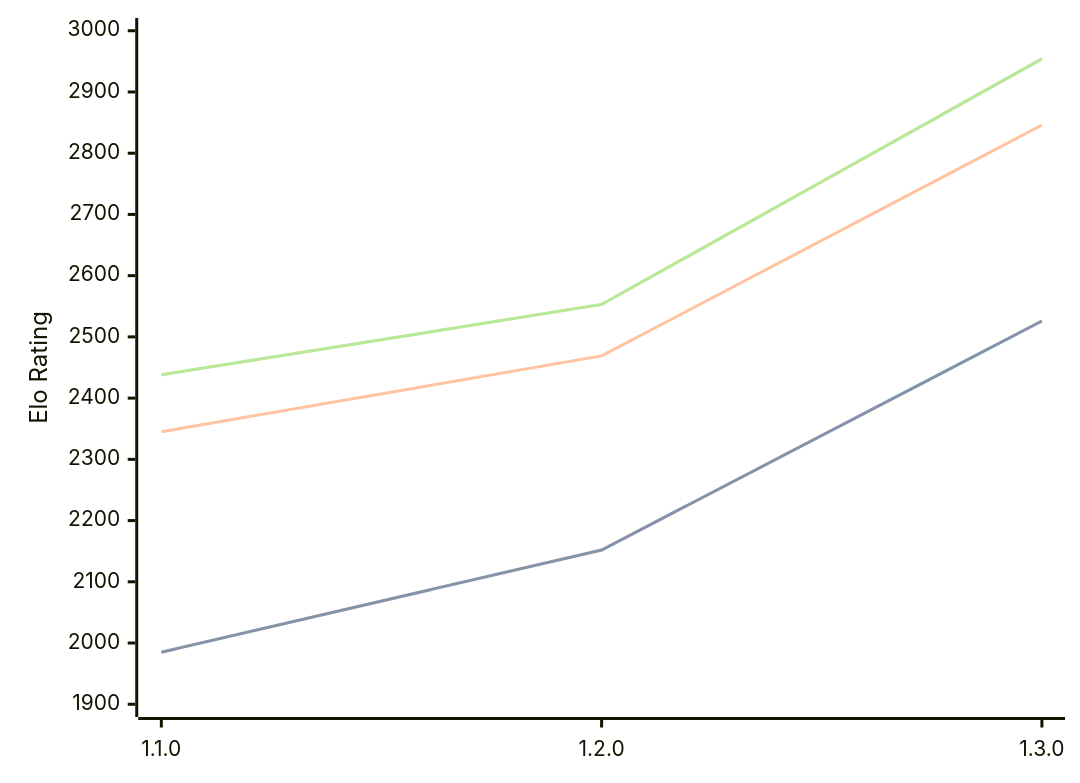
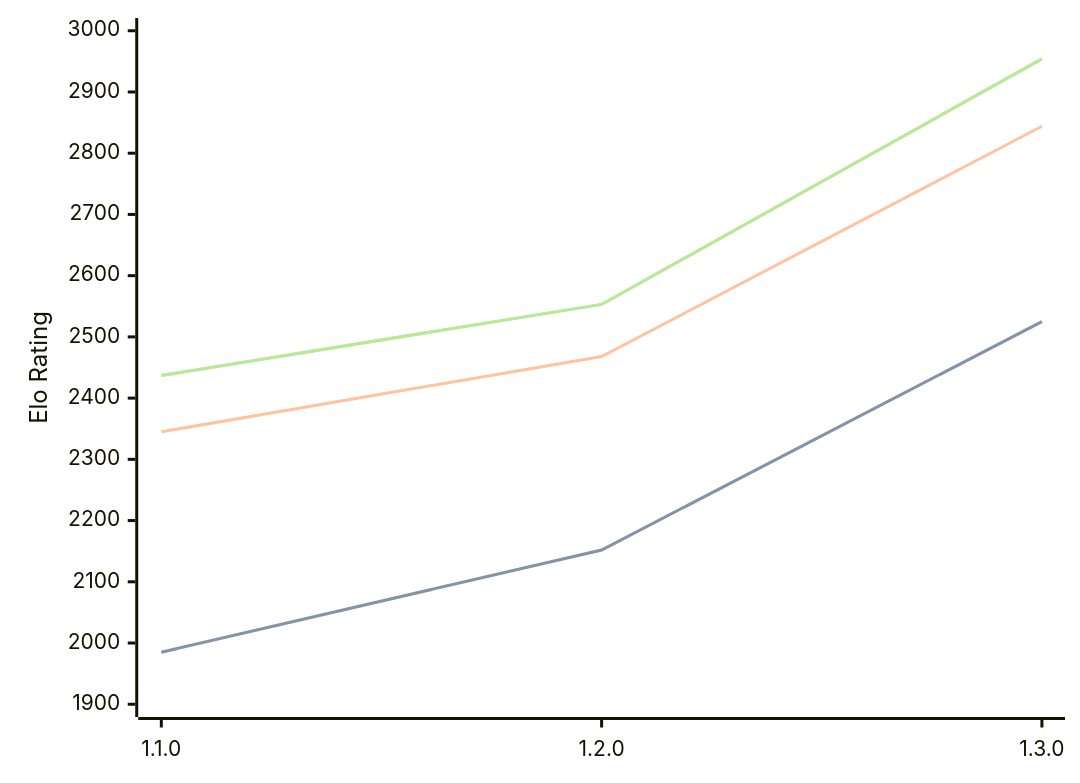
The diagram in engines/Gyatso.md (computer-chess-index/cci), drawn with Mermaid before and after one commit. The commit also changed other lines of this file, not shown here.

Commit message:
Update CCI Ratings (ELO VLTC) - 2026-04-07

````diff
--- a/engines/Gyatso.md
+++ b/engines/Gyatso.md
@@ -34,11 +34,11 @@
 ```mermaid
 %%{init: {"theme":"base","themeVariables":{"seriesColors:['#a3a3a3','#222221','#faa371']}}}%%
 xychart-beta
   x-axis ["1.1.0", "1.2.0", "1.3.0"]
   y-axis "Elo Rating" 1900 --> 3000
-  line "STC (8.0+0.08s)" [1985, 2152, 2526]
-  line "STC (8.0+0.08s)" [1985, 2152, 2526]
-  line "LTC (60.0+0.60s)" [2345, 2469, 2846]
-  line "VLTC (2m24s+1.12s)" [2438, 2553, 2954]
-  line "VLTC (2m24s+1.12s)" [2438, 2553, 2954]
+  line "STC (8.0+0.08s)" [1985, 2152, 2525]
+  line "STC (8.0+0.08s)" [1985, 2152, 2525]
+  line "LTC (60.0+0.60s)" [2345, 2468, 2844]
+  line "VLTC (2m24s+1.12s)" [2437, 2553, 2954]
+  line "VLTC (2m24s+1.12s)" [2437, 2553, 2954]
 ```
````
